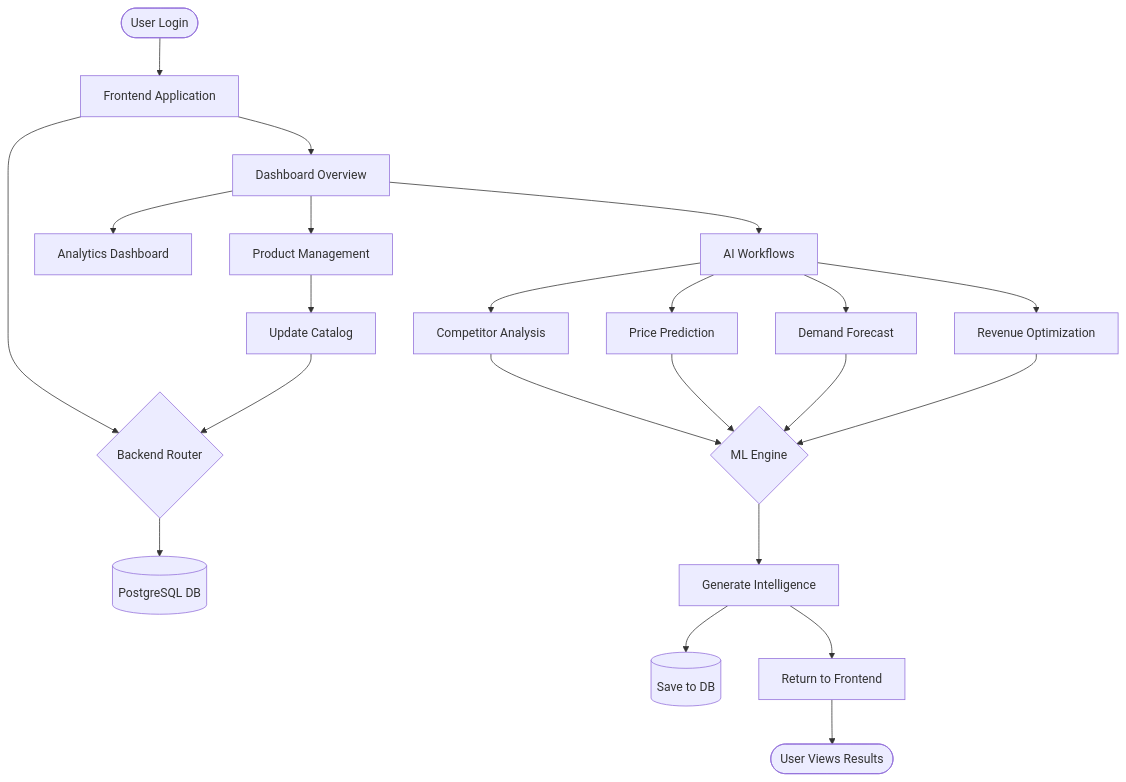
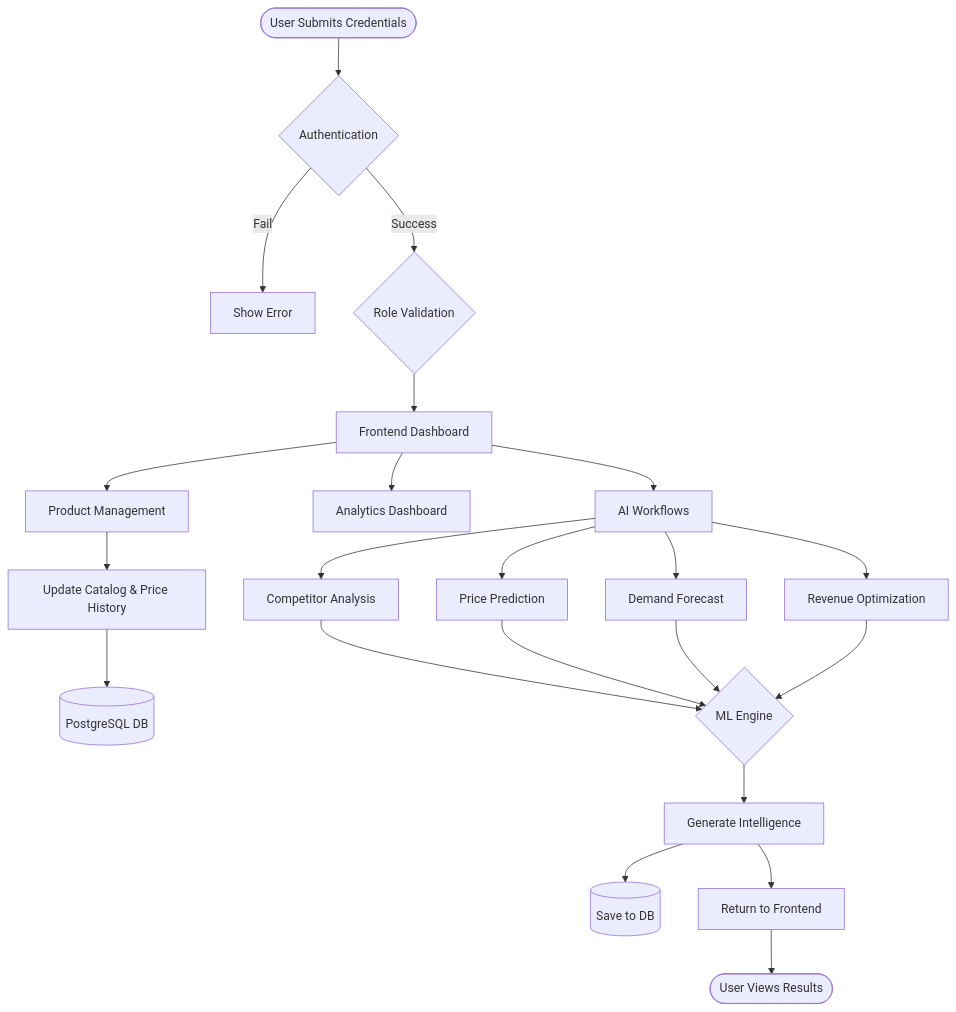
Before and after one commit to KMohammedsadiq/Dynamic-Pricing-Optimization-and-Revenue-Intelligence-Platform-K_Mohammad_Sadik: the tenth of 10 diagrams in docs/04_Workflow_Planning.md, drawn with Mermaid. The commit also changed other lines of this file, not shown here.

````diff
--- a/docs/04_Workflow_Planning.md
+++ b/docs/04_Workflow_Planning.md
@@ -193,29 +249,26 @@
 ```mermaid
 flowchart TD
-    A([User Login]) --> B[Frontend Application]
-    B --> C{Backend Router}
-    C --> D[(PostgreSQL DB)]
+    A([User Submits Credentials]) --> B{Authentication}
+    B -->|Fail| Z[Show Error]
+    B -->|Success| C{Role Validation}
+    C --> D[Frontend Dashboard]
     
-    B --> E[Dashboard Overview]
-    E --> F[Product Management]
-    E --> G[Analytics Dashboard]
+    D --> E[Product Management]
+    D --> F[Analytics Dashboard]
+    D --> G[AI Workflows]
     
-    F --> H[Update Catalog]
-    H --> C
+    E --> H[Update Catalog & Price History]
+    H --> I[(PostgreSQL DB)]
     
-    E --> I[AI Workflows]
-    I --> J[Competitor Analysis]
-    I --> K[Price Prediction]
-    I --> L[Demand Forecast]
-    I --> M[Revenue Optimization]
+    G --> J[Competitor Analysis]
+    G --> K[Price Prediction]
+    G --> L[Demand Forecast]
+    G --> M[Revenue Optimization]
     
-    J --> N{ML Engine}
-    K --> N
-    L --> N
-    M --> N
+    J & K & L & M --> N{ML Engine}
     
     N --> O[Generate Intelligence]
     O --> P[(Save to DB)]
     O --> Q[Return to Frontend]
     Q --> R([User Views Results])
 ```
````
